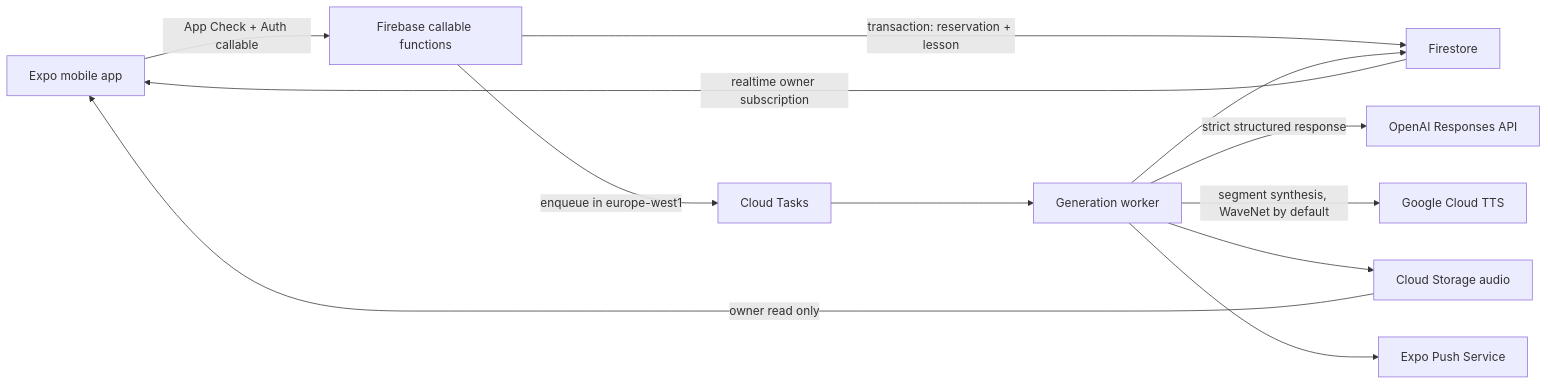
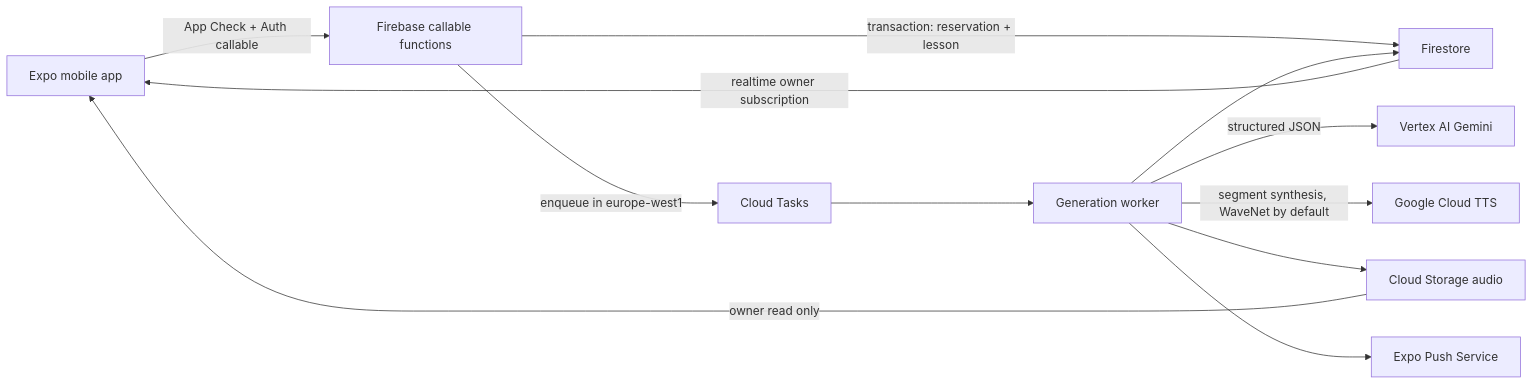
One commit to amanjaiswal03/Resolingo changed the diagram in docs/ARCHITECTURE.md. Above: the diagram before and after it, drawn with Mermaid. The commit also changed other lines of this file and 14 other files, not shown here.

First line of the commit message:
Generate lessons with Vertex AI Gemini instead of OpenAI.

````diff
--- a/docs/ARCHITECTURE.md
+++ b/docs/ARCHITECTURE.md
@@ -7,14 +7,14 @@
 ```mermaid
 flowchart LR
   M["Expo mobile app"] -->|"App Check + Auth callable"| C["Firebase callable functions"]
   C -->|"transaction: reservation + lesson"| F["Firestore"]
   C -->|"enqueue in europe-west1"| Q["Cloud Tasks"]
   Q --> W["Generation worker"]
-  W -->|"strict structured response"| O["OpenAI Responses API"]
+  W -->|"structured JSON"| O["Vertex AI Gemini"]
   W -->|"segment synthesis, WaveNet by default"| T["Google Cloud TTS"]
   W --> S["Cloud Storage audio"]
   W --> F
   W --> P["Expo Push Service"]
   F -->|"realtime owner subscription"| M
   S -->|"owner read only"| M
 ```
````
